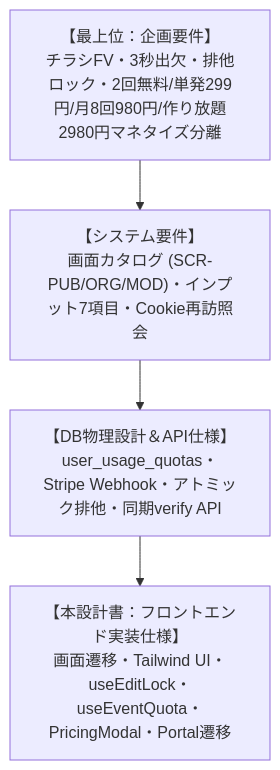
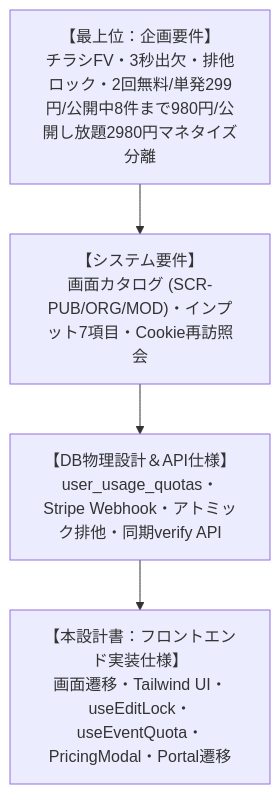
Before and after one commit to HirofumiSato/EventKreater: the first of 2 diagrams in docs/front_implementation_spec.md, drawn with Mermaid. The commit also changed other lines of this file and 77 other files, not shown here.

````diff
--- a/docs/front_implementation_spec.md
+++ b/docs/front_implementation_spec.md
@@ -11,10 +11,10 @@
 ```mermaid
 flowchart TD
-    A["【最上位：企画要件】<br>チラシFV・3秒出欠・排他ロック・2回無料/単発299円/月8回980円/作り放題2980円マネタイズ分離"]
+    A["【最上位：企画要件】<br>チラシFV・3秒出欠・排他ロック・2回無料/単発299円/公開中8件まで980円/公開し放題2980円マネタイズ分離"]
     B["【システム要件】<br>画面カタログ (SCR-PUB/ORG/MOD)・インプット7項目・Cookie再訪照会"]
     C["【DB物理設計＆API仕様】<br>user_usage_quotas・Stripe Webhook・アトミック排他・同期verify API"]
     D["【本設計書：フロントエンド実装仕様】<br>画面遷移・Tailwind UI・useEditLock・useEventQuota・PricingModal・Portal遷移"]
     A --> B
     B --> C
     C --> D
 ```
````
